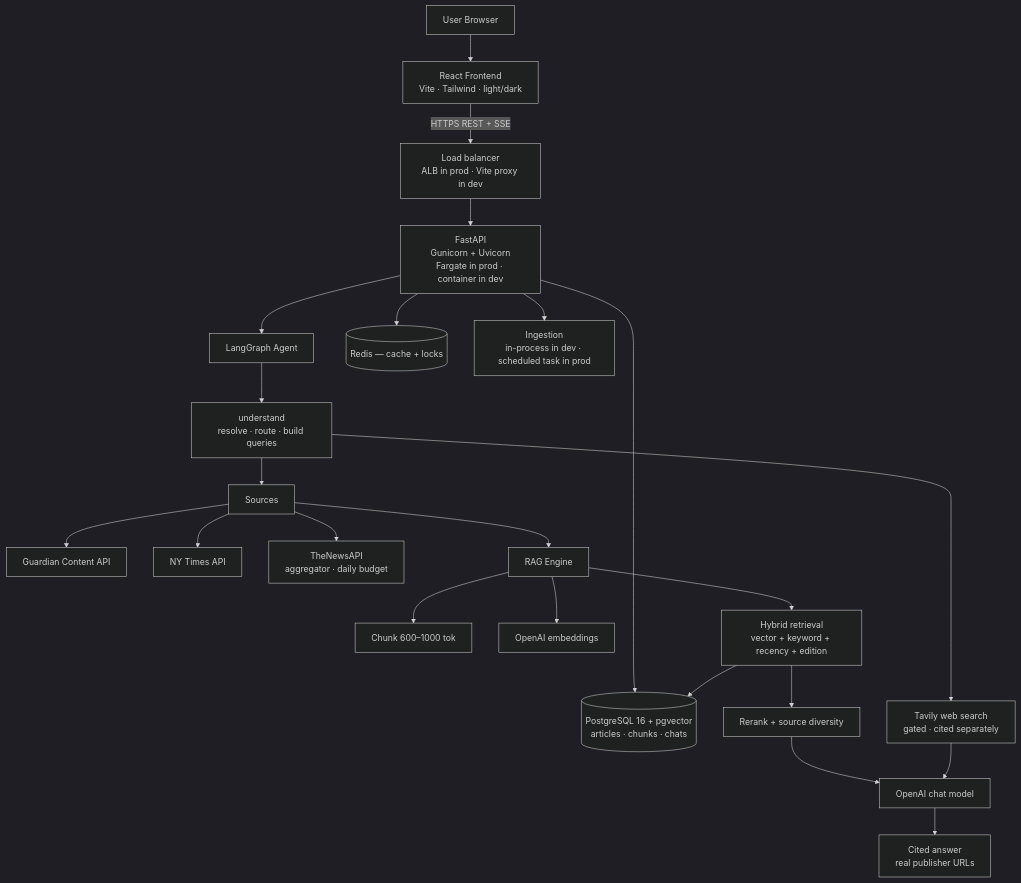
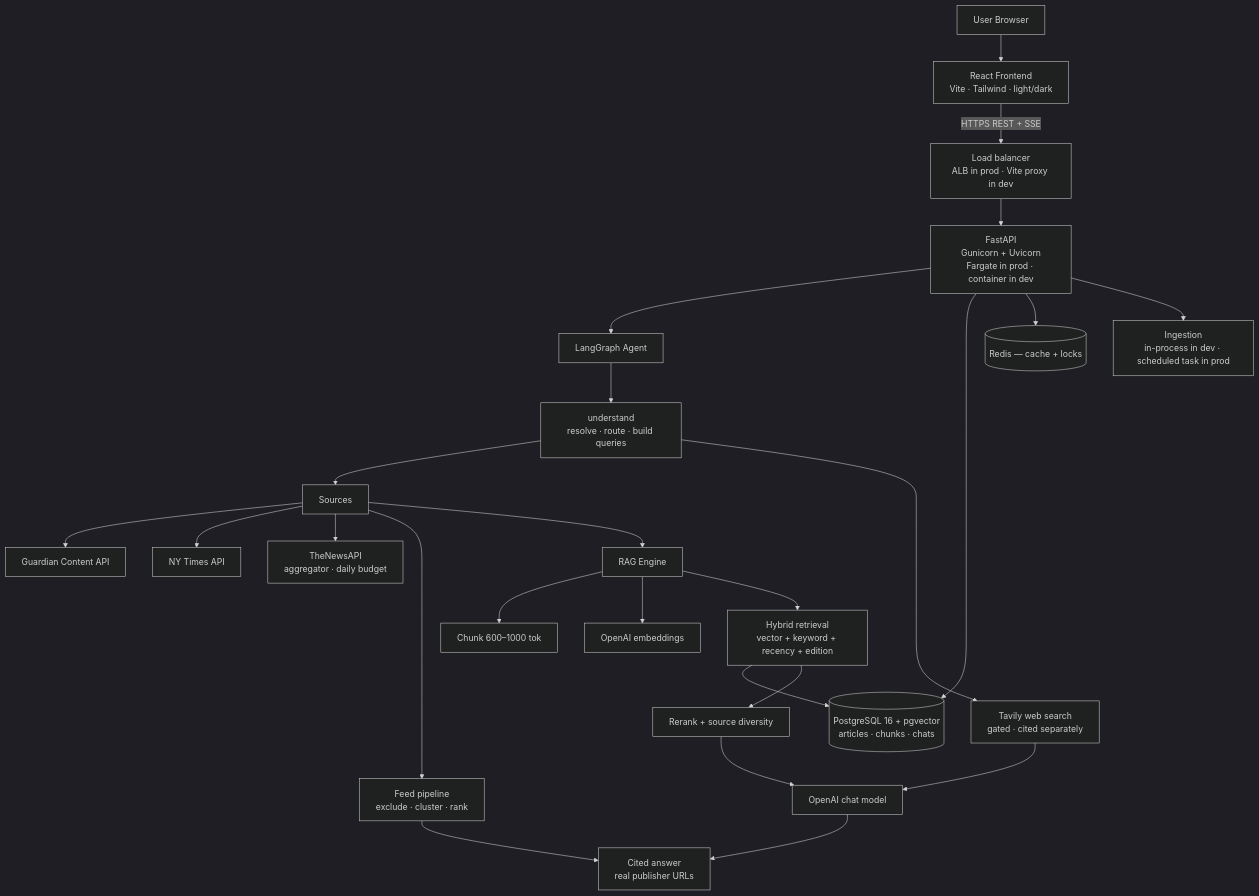
Before and after one commit to AJKumarReddy/Agentic-News-app: the diagram in README.md, drawn with Mermaid (dark theme). The commit also changed other lines of this file and 58 other files, not shown here.

````diff
--- a/README.md
+++ b/README.md
@@ -27,28 +27,30 @@
 ```mermaid
 flowchart TB
     U[User Browser] --> F[React Frontend<br/>Vite · Tailwind · light/dark]
     F -- HTTPS REST + SSE --> N[Load balancer<br/>ALB in prod · Vite proxy in dev]
     N --> B[FastAPI<br/>Gunicorn + Uvicorn<br/>Fargate in prod · container in dev]
 
     B --> AG[LangGraph Agent]
     B --> PG[(PostgreSQL 16 + pgvector<br/>articles · chunks · chats)]
     B --> R[(Redis — cache + locks)]
     B --> SCH[Ingestion<br/>in-process in dev · scheduled task in prod]
 
     AG --> UN[understand<br/>resolve · route · build queries]
     UN --> SRC[Sources]
     SRC --> G[Guardian Content API]
     SRC --> NY[NY Times API]
     SRC --> TNA[TheNewsAPI<br/>aggregator · daily budget]
     UN --> WEB[Tavily web search<br/>gated · cited separately]
 
+    SRC --> FEED[Feed pipeline<br/>exclude · cluster · rank]
+    FEED --> C
     SRC --> RAG[RAG Engine]
     RAG --> CH[Chunk 600–1000 tok]
     RAG --> EM[OpenAI embeddings]
     RAG --> HY[Hybrid retrieval<br/>vector + keyword + recency + edition]
     HY --> PG
     HY --> RR[Rerank + source diversity]
     RR --> LLM[OpenAI chat model]
     WEB --> LLM
     LLM --> C[Cited answer<br/>real publisher URLs]
 ```
````
